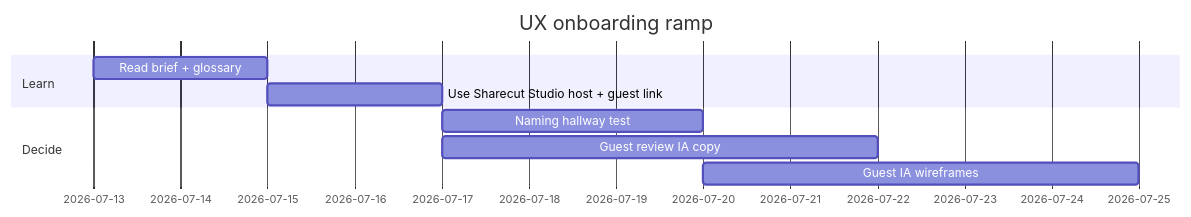
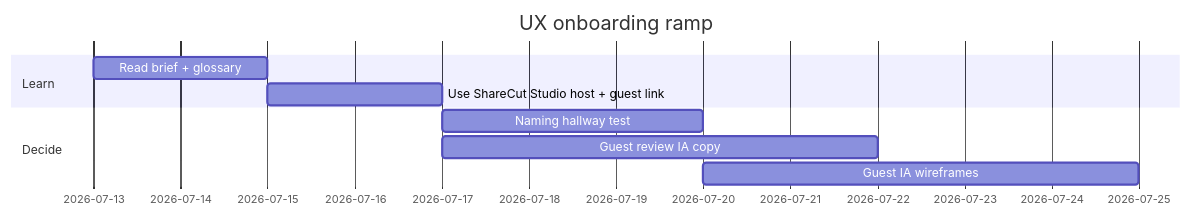
One commit to calebn/sharecut-studio changed the diagram in ux/pages/ux-backlog.md. Above: the diagram before and after it, drawn with Mermaid. The commit also changed other lines of this file and 162 other files, not shown here.

First line of the commit message:
chore(brand): write ShareCut and ShareCut Studio with the capital C (#1923)

````diff
--- a/ux/pages/ux-backlog.md
+++ b/ux/pages/ux-backlog.md
@@ -176,12 +176,12 @@
 ```mermaid
 gantt
   title UX onboarding ramp
   dateFormat  YYYY-MM-DD
   section Learn
   Read brief + glossary           :a1, 2026-07-13, 2d
-  Use Sharecut Studio host + guest link :a2, after a1, 2d
+  Use ShareCut Studio host + guest link :a2, after a1, 2d
   section Decide
   Naming hallway test            :b1, after a2, 3d
   Guest review IA copy           :b2, after a2, 5d
   Guest IA wireframes            :b3, after b1, 5d
 ```
````
